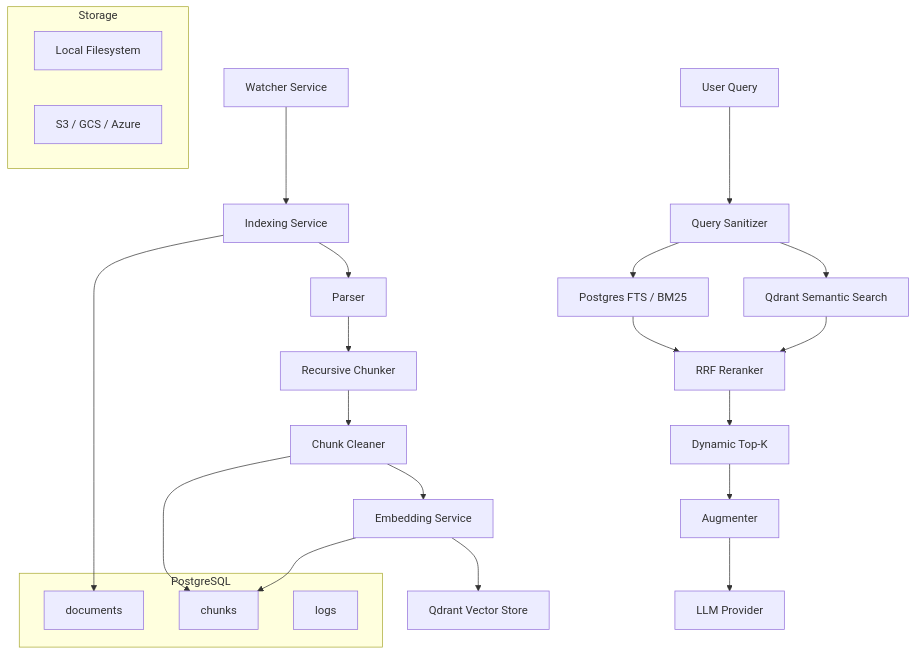
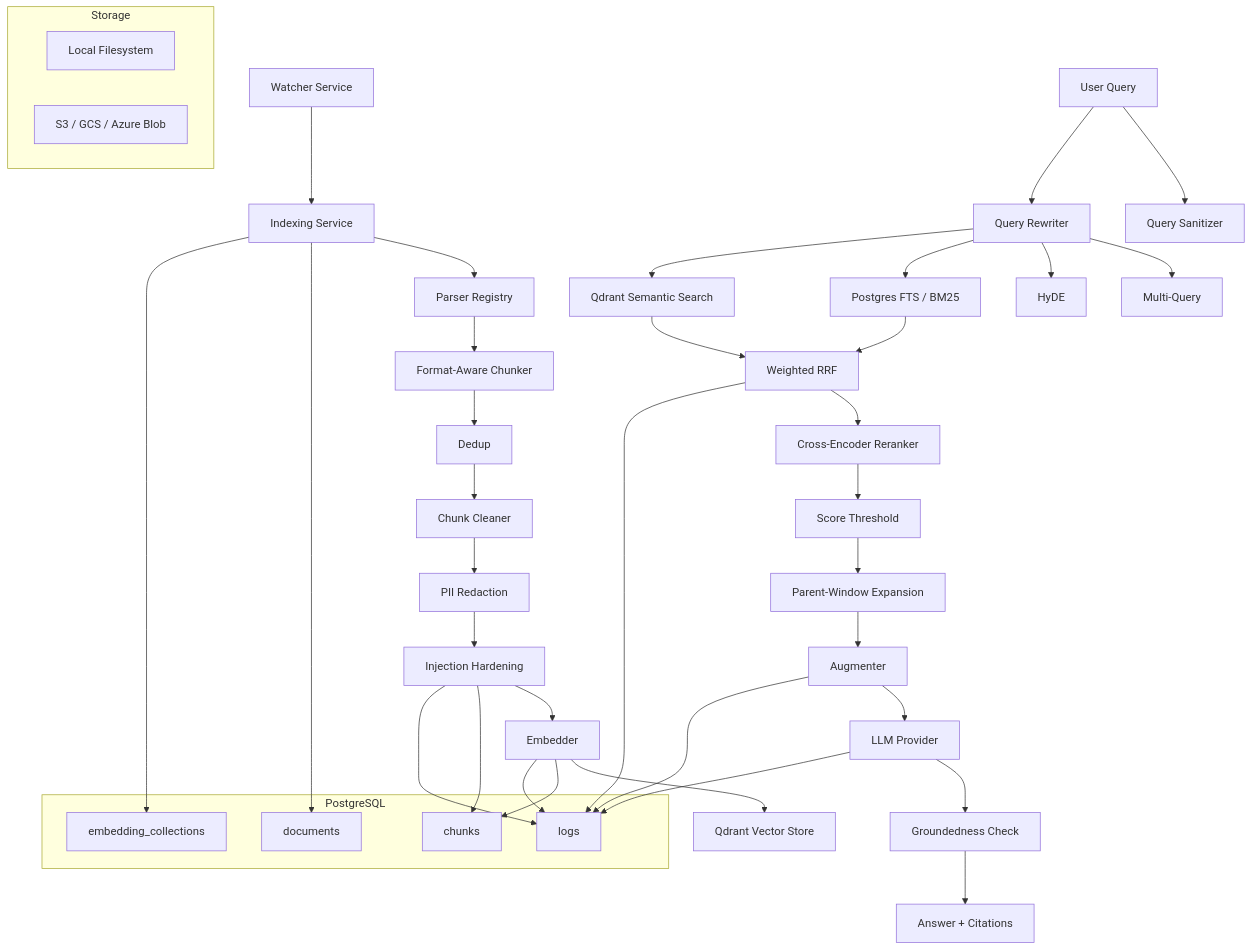
The diagram in README.md (arihntk/raggit), drawn with Mermaid before and after one commit. The commit also changed other lines of this file, not shown here.

First line of the commit message:
docs(readme): update architecture diagram and pipelines

````diff
--- a/README.md
+++ b/README.md
@@ -11,41 +11,64 @@
 ```mermaid
 flowchart TB
     subgraph Storage
         LS[Local Filesystem]
-        RS[S3 / GCS / Azure]
+        RS[S3 / GCS / Azure Blob]
     end
 
     W[Watcher Service]
     I[Indexing Service]
-    P[Parser]
-    C[Recursive Chunker]
+    P[Parser Registry]
+    FA[Format-Aware Chunker]
+    DED[Dedup]
     CL[Chunk Cleaner]
-    E[Embedding Service]
+    PI[PII Redaction]
+    IH[Injection Hardening]
+    E[Embedder]
     VS[Qdrant Vector Store]
 
     W --> I
     I --> P
-    P --> C
-    C --> CL
-    CL --> E
+    P --> FA
+    FA --> DED
+    DED --> CL
+    CL --> PI
+    PI --> IH
+    IH --> E
     E --> VS
 
     subgraph PostgreSQL
         D[documents]
         CH[chunks]
+        EC[embedding_collections]
         LG[logs]
     end
 
     I --> D
-    CL --> CH
+    IH --> CH
     E --> CH
+    I --> EC
 
     Q[User Query] --> QS[Query Sanitizer]
-    QS --> BM25[Postgres FTS / BM25]
-    QS --> SEM[Qdrant Semantic Search]
-    BM25 --> RRF[RRF Reranker]
+    QR[Query Rewriter]
+    QR --> MQ[Multi-Query]
+    QR --> HY[HyDE]
+
+    Q --> QR
+    QR --> BM25[Postgres FTS / BM25]
+    QR --> SEM[Qdrant Semantic Search]
+    BM25 --> RRF[Weighted RRF]
     SEM --> RRF
-    RRF --> DK[Dynamic Top-K]
-    DK --> AUG[Augmenter]
+    RRF --> RR[Cross-Encoder Reranker]
+    RR --> TH[Score Threshold]
+    TH --> PW[Parent-Window Expansion]
+    PW --> AUG[Augmenter]
     AUG --> LLM[LLM Provider]
+    LLM --> GRD[Groundedness Check]
+    GRD --> OUT[Answer + Citations]
+
+    IH --> LG
+    E --> LG
+    RRF --> LG
+    AUG --> LG
+    LLM --> LG
 ```
````
